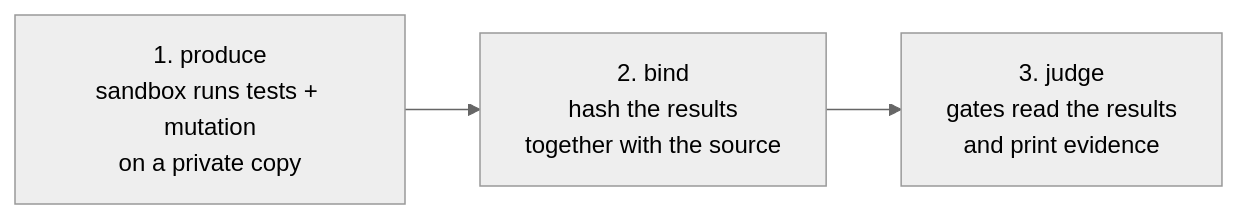
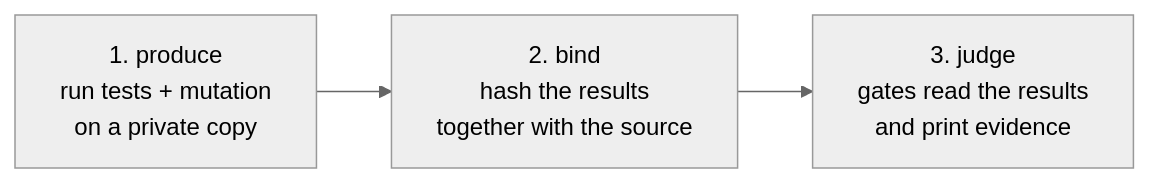
One commit to gajeshbhat/gauntlet changed the diagram in README.md. Above: the diagram before and after it, drawn with Mermaid (neutral theme). The commit also changed other lines of this file and 57 other files, not shown here.

````diff
--- a/README.md
+++ b/README.md
@@ -49,5 +81,5 @@
 ```mermaid
 flowchart LR
-    A["1. produce<br/>sandbox runs tests + mutation<br/>on a private copy"] --> B["2. bind<br/>hash the results<br/>together with the source"]
+    A["1. produce<br/>run tests + mutation<br/>on a private copy"] --> B["2. bind<br/>hash the results<br/>together with the source"]
     B --> C["3. judge<br/>gates read the results<br/>and print evidence"]
 ```
````
